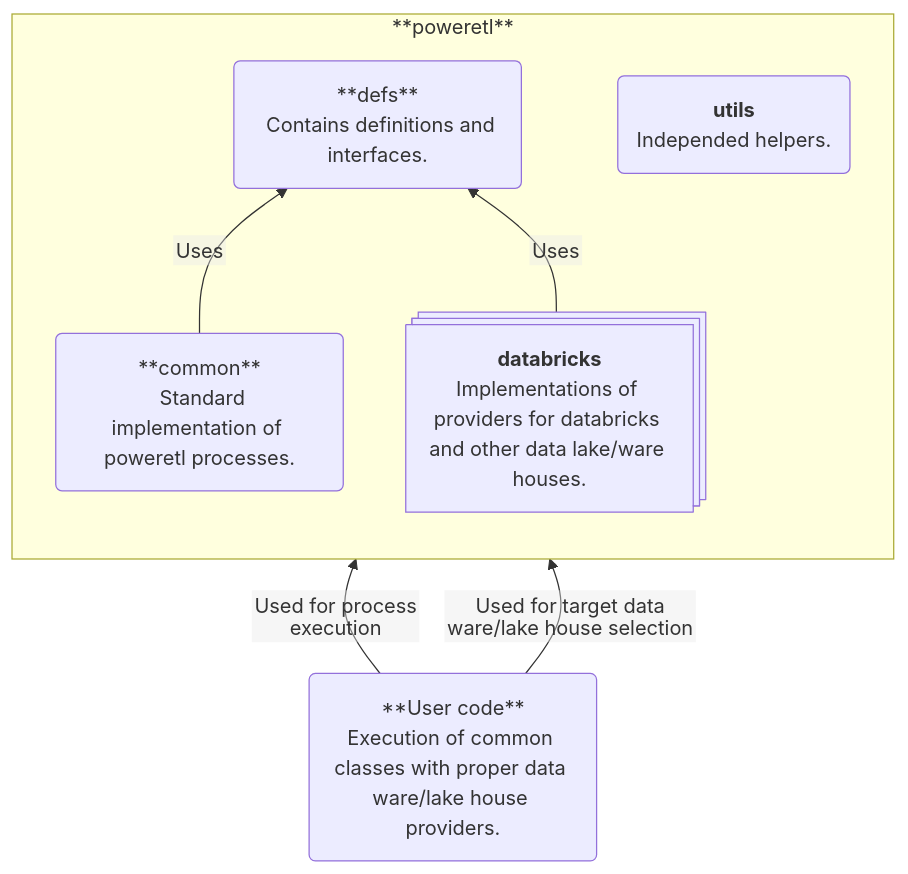
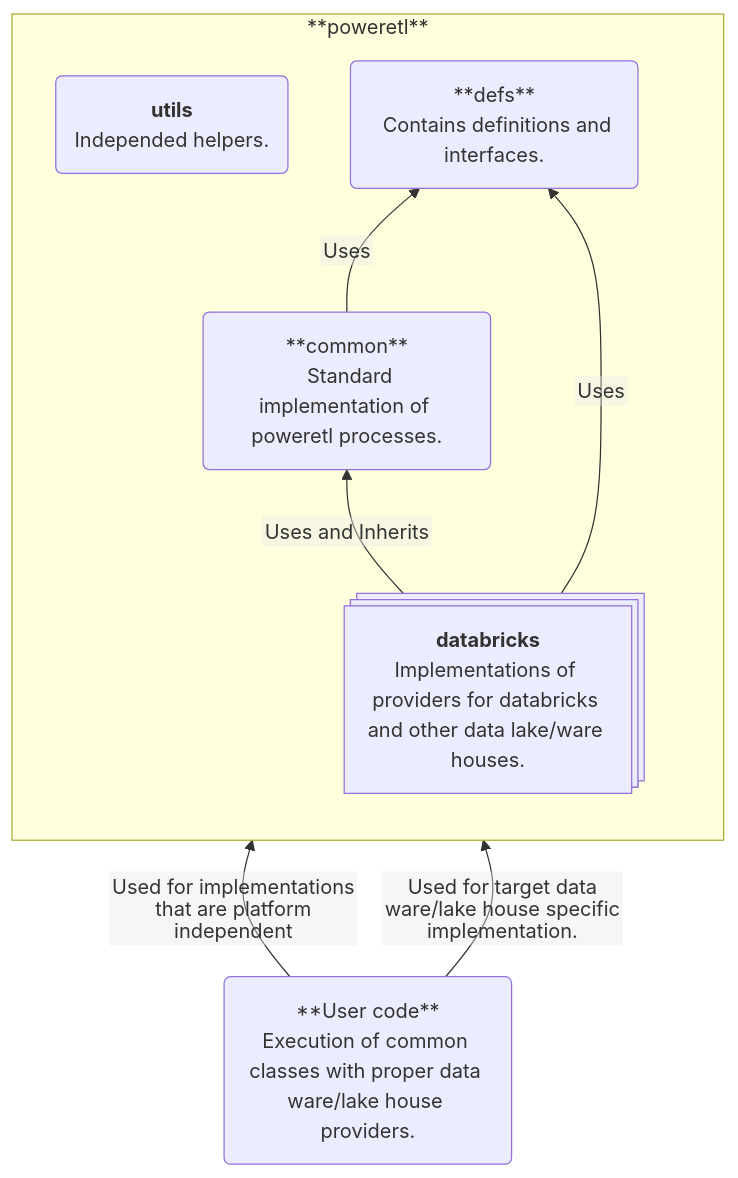
One commit to plazacraft/poweretl changed the diagram in README.md. Above: the diagram before and after it, drawn with Mermaid. The commit also changed other lines of this file and 5 other files, not shown here.

````diff
--- a/README.md
+++ b/README.md
@@ -32,26 +32,29 @@
 ```mermaid
 ---
 config:
   flowchart:
     htmlLabels: false
 ---
 flowchart BT
 subgraph "**poweretl**"
   direction BT
+  utils("`**utils**
+  Independed helpers.`")  
   defs("**defs**
   Contains definitions and interfaces.") 
   common("**common**
   Standard implementation of poweretl processes.")
   databricks@{shape: procs, label: "**databricks**
   Implementations of providers for databricks and other data lake/ware houses." }
-  utils("`**utils**
-  Independed helpers.`")  
 
+  
   common -- "Uses" --> defs
+  databricks -- "Uses and Inherits" --> common  
   databricks -- "Uses" --> defs
+  
 end
 code("**User code**
 Execution of common classes with proper data ware/lake house providers.")
-code -- "Used for process execution" --> common
-code -- "Used for target data ware/lake house selection" --> databricks
+code -- "Used for implementations that are platform independent" --> common
+code -- "Used for target data ware/lake house specific implementation." --> databricks
 ```
````
